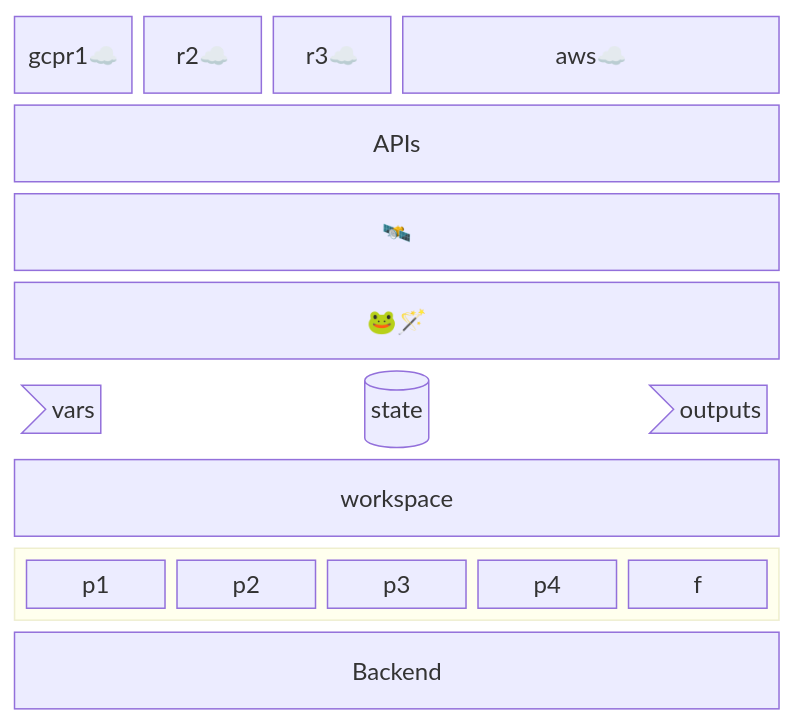
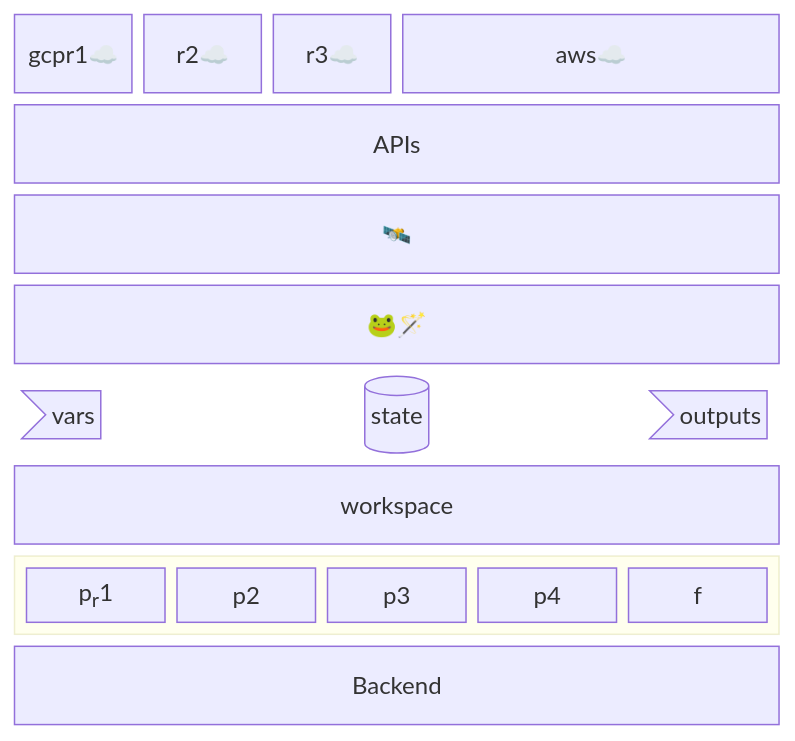
Before and after one commit to sohale/cs-glossaries: the diagram in devops/terraform-tut.md, drawn with Mermaid.

````diff
--- a/devops/terraform-tut.md
+++ b/devops/terraform-tut.md
@@ -78,30 +78,30 @@
 ```mermaid
 block-beta
   columns 6
   gcpr1☁️ r2☁️ r3☁️ aws☁️:3
   %% resources on cloud providers
   APIs:6
   interwebs["🛰️"]:6
   %% block:group1:6
   %%   columns 2
   %%   h i j k
   %% end
   g["🐸🪄"]:6
   %% block:group2:6
   %%  %% columns auto (default)
   %%  p1 p2 p3  p4 p5 p6
   %% end
   %% outputs["outputs"]:6
   vars1>"vars"]:1
   state1[("state")]:4
   outs1>"outputs"]:1
   %% variables["variables"]:6
   workspace["workspace"]:6
   block:group3:6
     columns 5
     %%  The width of the columns is determined by the widest block
     %% pp["provider plugins"]:1
-    p1:1 p2:1 p3:1 p4:1 f:1
+    p1["p<sub>r</sub>1"]:1 p2:1 p3:1 p4:1 f:1
   end
   Backend:6
 ```
````
